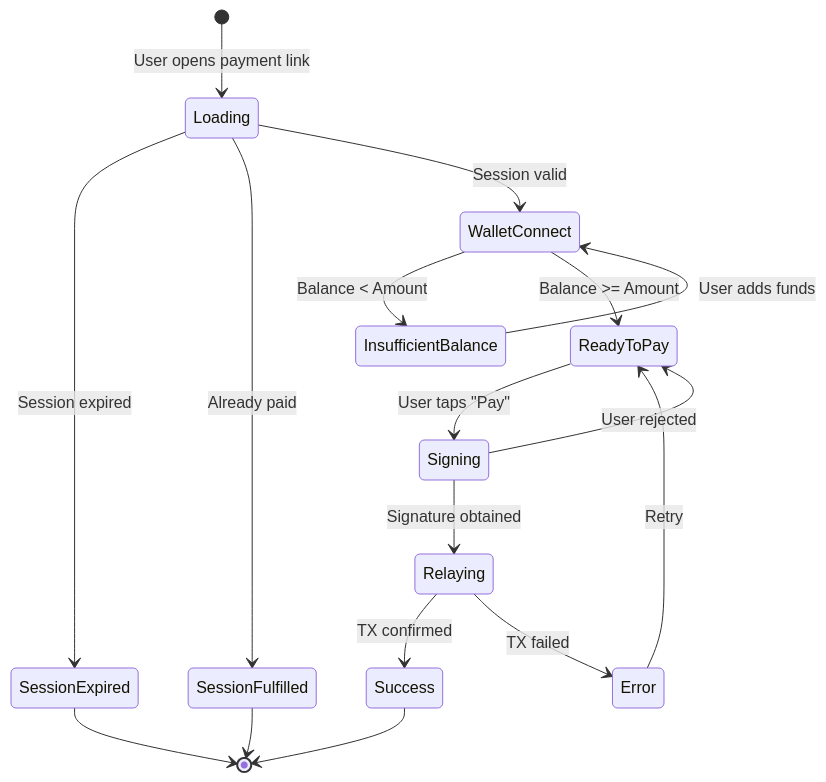
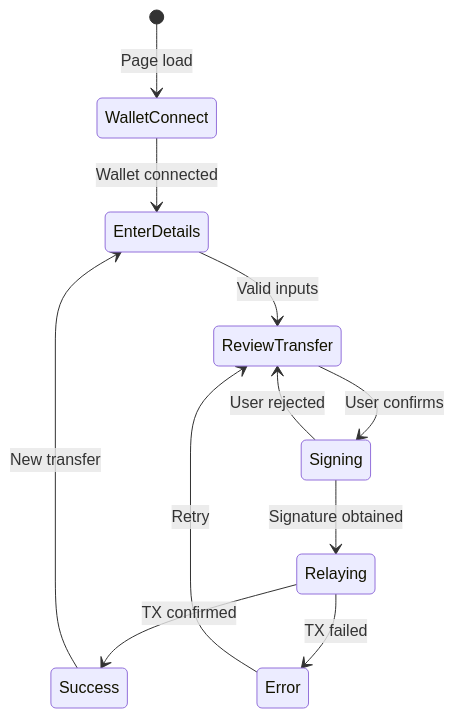
The fifth of 5 diagrams in docs/mantraUSD-Pay-PRD.md (BigtoMantraDev/mantraUSD-Pay), drawn with Mermaid before and after one commit. The commit also changed other lines of this file and 32 other files, not shown here.

````diff
--- a/docs/mantraUSD-Pay-PRD.md
+++ b/docs/mantraUSD-Pay-PRD.md
@@ -857,19 +494,13 @@
 ```mermaid
 stateDiagram-v2
-    [*] --> Loading: User opens payment link
-    Loading --> SessionExpired: Session expired
-    Loading --> SessionFulfilled: Already paid
-    Loading --> WalletConnect: Session valid
-    WalletConnect --> InsufficientBalance: Balance < Amount
-    WalletConnect --> ReadyToPay: Balance >= Amount
-    InsufficientBalance --> WalletConnect: User adds funds
-    ReadyToPay --> Signing: User taps "Pay"
+    [*] --> WalletConnect: Page load
+    WalletConnect --> EnterDetails: Wallet connected
+    EnterDetails --> ReviewTransfer: Valid inputs
+    ReviewTransfer --> Signing: User confirms
     Signing --> Relaying: Signature obtained
-    Signing --> ReadyToPay: User rejected
+    Signing --> ReviewTransfer: User rejected
     Relaying --> Success: TX confirmed
     Relaying --> Error: TX failed
-    Error --> ReadyToPay: Retry
-    Success --> [*]
-    SessionExpired --> [*]
-    SessionFulfilled --> [*]
+    Error --> ReviewTransfer: Retry
+    Success --> EnterDetails: New transfer
 ```
````
